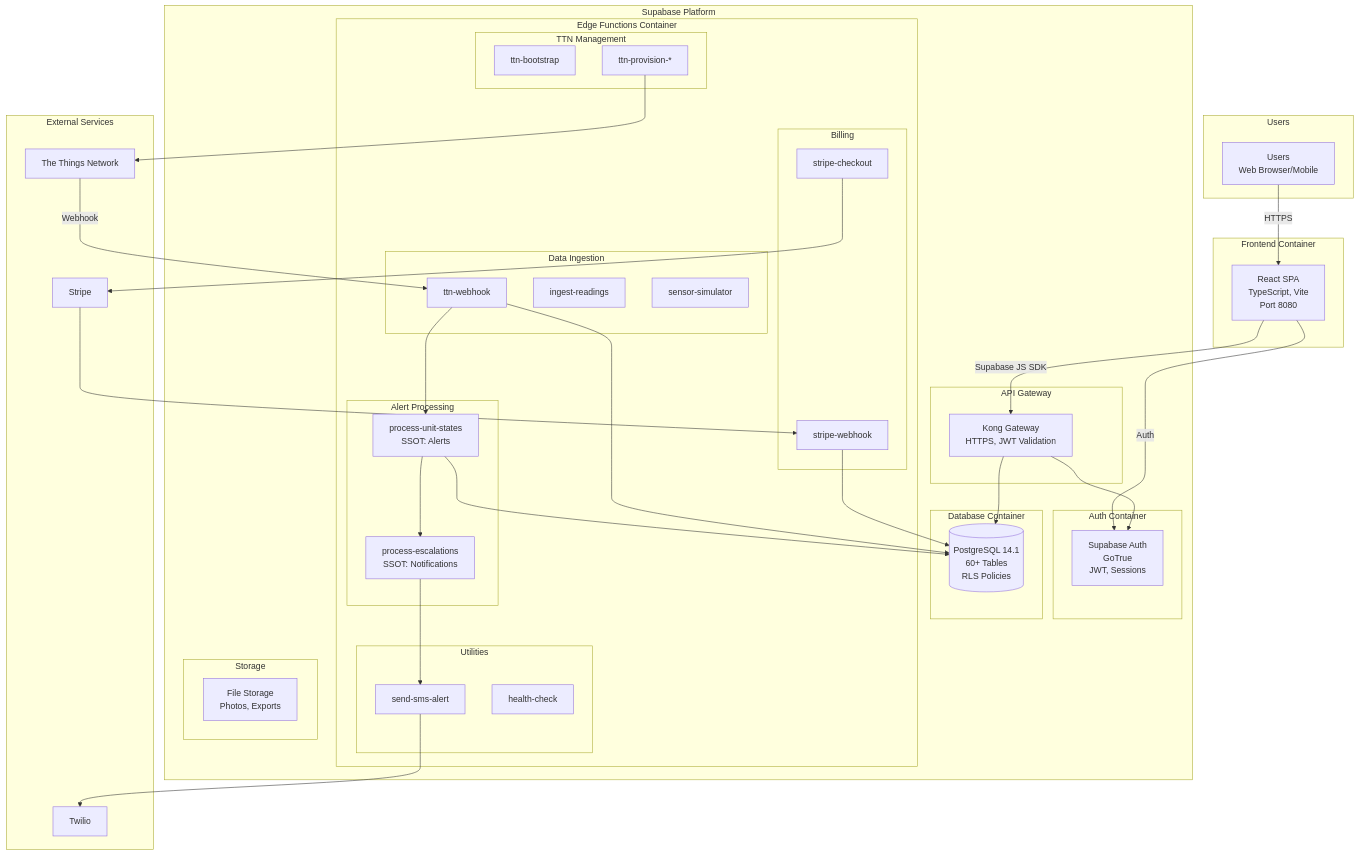
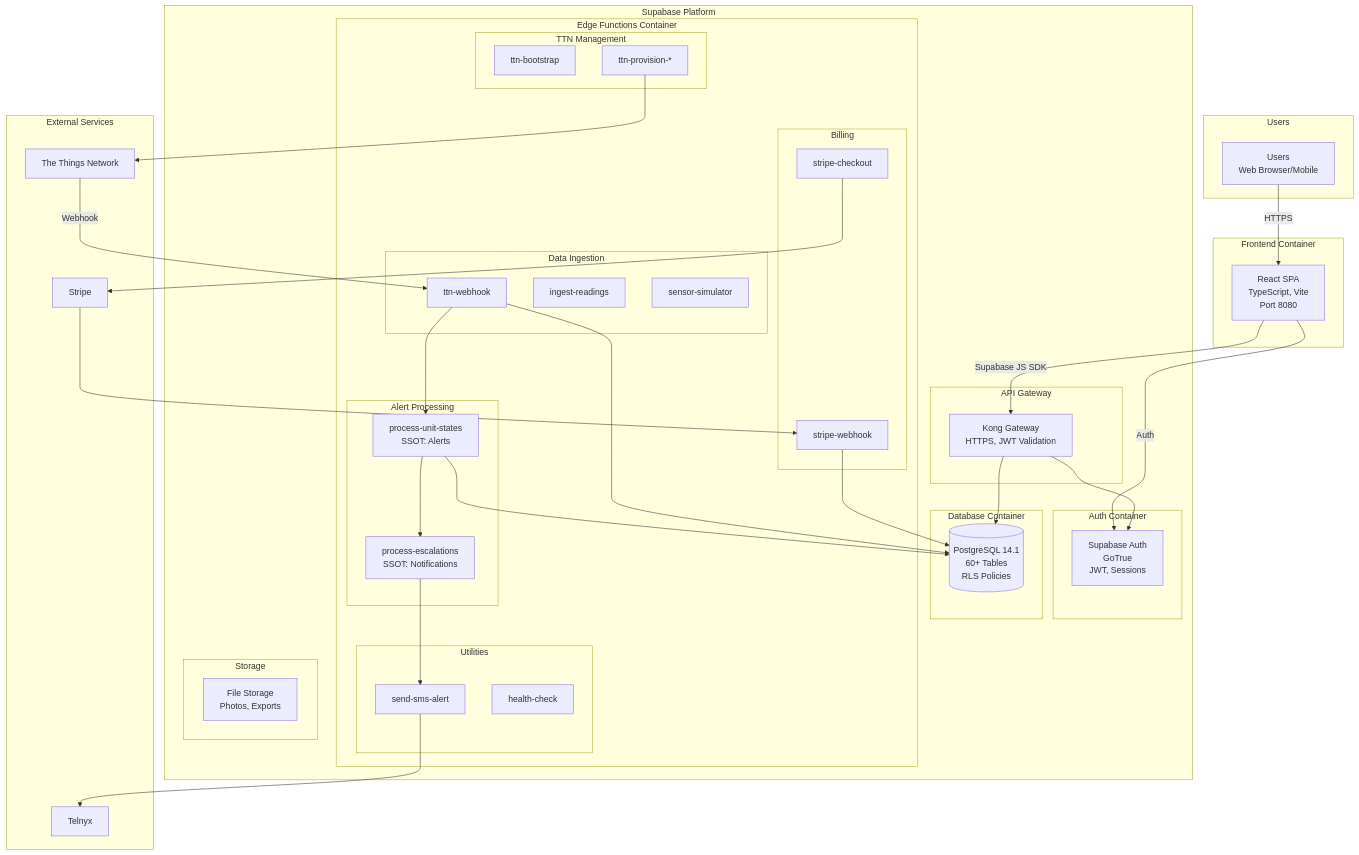
Before and after one commit to getdatasurge/freshtrack-pro: the first of 6 diagrams in docs/diagrams/CONTAINER_DIAGRAM.md, drawn with Mermaid. The commit also changed other lines of this file and 16 other files, not shown here.

````diff
--- a/docs/diagrams/CONTAINER_DIAGRAM.md
+++ b/docs/diagrams/CONTAINER_DIAGRAM.md
@@ -9,81 +9,81 @@
 ```mermaid
 graph TB
     subgraph "Users"
         U[Users<br/>Web Browser/Mobile]
     end
 
     subgraph "Frontend Container"
         SPA[React SPA<br/>TypeScript, Vite<br/>Port 8080]
     end
 
     subgraph "Supabase Platform"
         subgraph "API Gateway"
             GW[Kong Gateway<br/>HTTPS, JWT Validation]
         end
 
         subgraph "Auth Container"
             AUTH[Supabase Auth<br/>GoTrue<br/>JWT, Sessions]
         end
 
         subgraph "Database Container"
             DB[(PostgreSQL 14.1<br/>60+ Tables<br/>RLS Policies)]
         end
 
         subgraph "Edge Functions Container"
             subgraph "Data Ingestion"
                 TTN_WH[ttn-webhook]
                 INGEST[ingest-readings]
                 SIM[sensor-simulator]
             end
 
             subgraph "Alert Processing"
                 PROC[process-unit-states<br/>SSOT: Alerts]
                 ESC[process-escalations<br/>SSOT: Notifications]
             end
 
             subgraph "TTN Management"
                 TTN_BOOT[ttn-bootstrap]
                 TTN_PROV[ttn-provision-*]
             end
 
             subgraph "Billing"
                 STR_CO[stripe-checkout]
                 STR_WH[stripe-webhook]
             end
 
             subgraph "Utilities"
                 SMS[send-sms-alert]
                 HEALTH[health-check]
             end
         end
 
         subgraph "Storage"
             STOR[File Storage<br/>Photos, Exports]
         end
     end
 
     subgraph "External Services"
         TTN[The Things Network]
         STRIPE[Stripe]
-        TWILIO[Twilio]
+        TELNYX[Telnyx]
     end
 
     U -->|"HTTPS"| SPA
     SPA -->|"Supabase JS SDK"| GW
     SPA -->|"Auth"| AUTH
     GW --> DB
     GW --> AUTH
 
     TTN -->|"Webhook"| TTN_WH
     TTN_WH --> DB
     TTN_WH --> PROC
     PROC --> DB
     PROC --> ESC
     ESC --> SMS
-    SMS --> TWILIO
+    SMS --> TELNYX
 
     TTN_PROV --> TTN
     STR_CO --> STRIPE
     STRIPE --> STR_WH
     STR_WH --> DB
 ```
````
